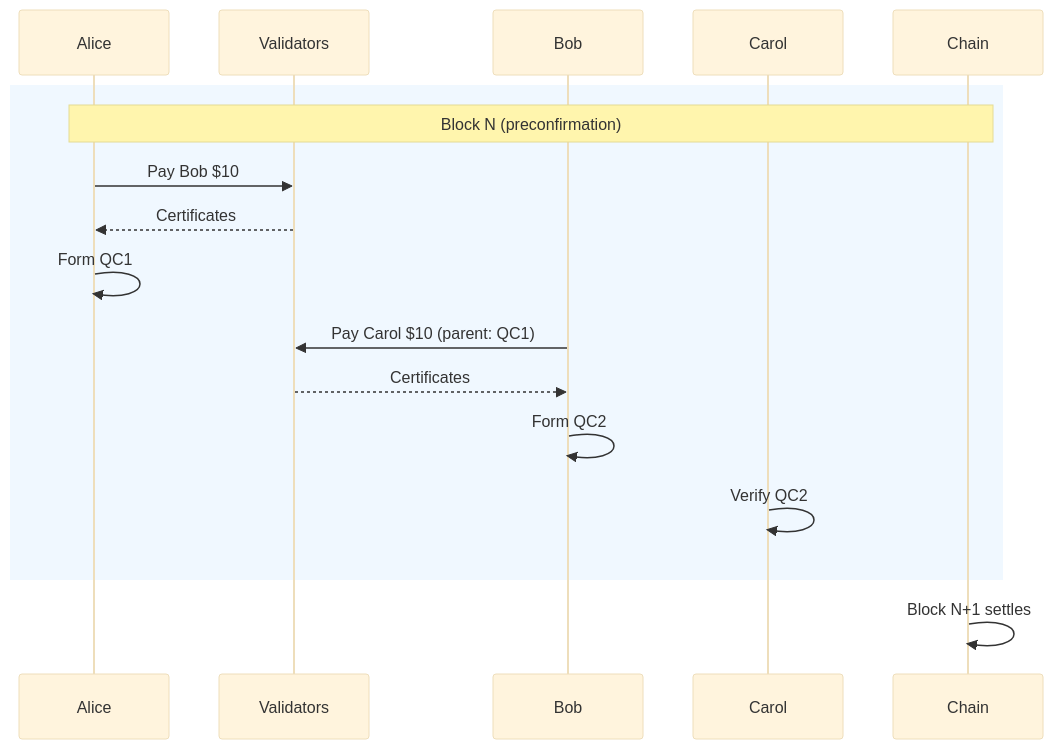
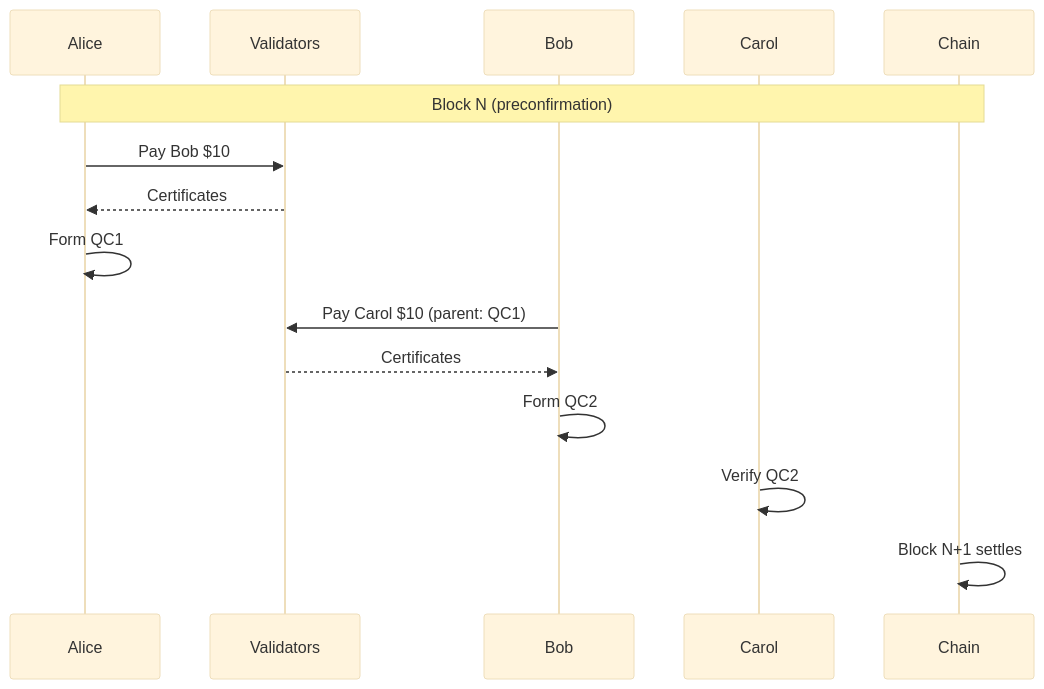
The first of 2 diagrams in docs/06-demo.md (01builders/allegro), drawn with Mermaid (base theme) before and after one commit.

Commit message:
Remove colored background from demo sequence diagram

````diff
--- a/docs/06-demo.md
+++ b/docs/06-demo.md
@@ -9,20 +9,18 @@
 ```mermaid
 sequenceDiagram
     participant Alice
     participant Validators
     participant Bob
     participant Carol
     participant Chain
 
-    rect rgb(240, 248, 255)
-        Note over Alice,Chain: Block N (preconfirmation)
-        Alice->>Validators: Pay Bob $10
-        Validators-->>Alice: Certificates
-        Alice->>Alice: Form QC1
-        Bob->>Validators: Pay Carol $10 (parent: QC1)
-        Validators-->>Bob: Certificates
-        Bob->>Bob: Form QC2
-        Carol->>Carol: Verify QC2
-    end
+    Note over Alice,Chain: Block N (preconfirmation)
+    Alice->>Validators: Pay Bob $10
+    Validators-->>Alice: Certificates
+    Alice->>Alice: Form QC1
+    Bob->>Validators: Pay Carol $10 (parent: QC1)
+    Validators-->>Bob: Certificates
+    Bob->>Bob: Form QC2
+    Carol->>Carol: Verify QC2
     Chain->>Chain: Block N+1 settles
 ```
````
